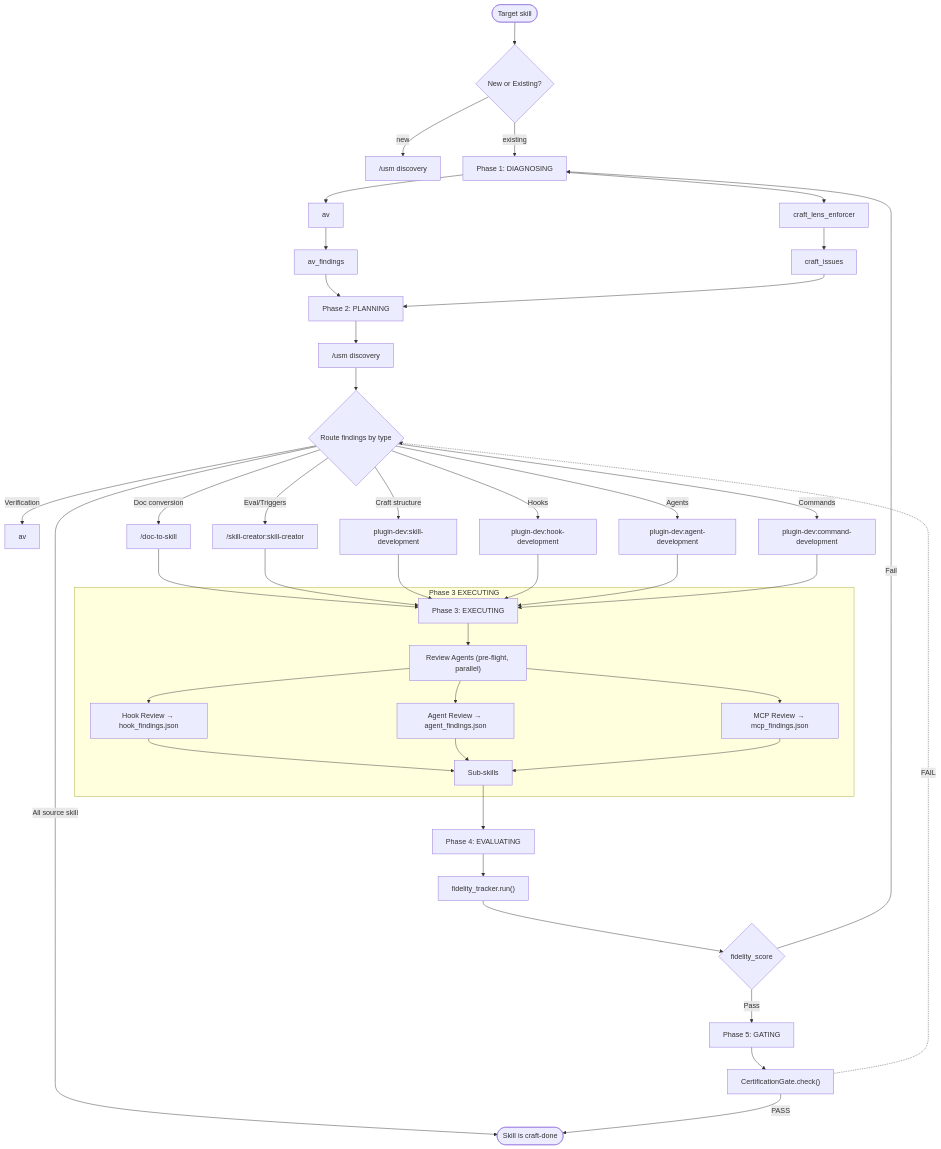
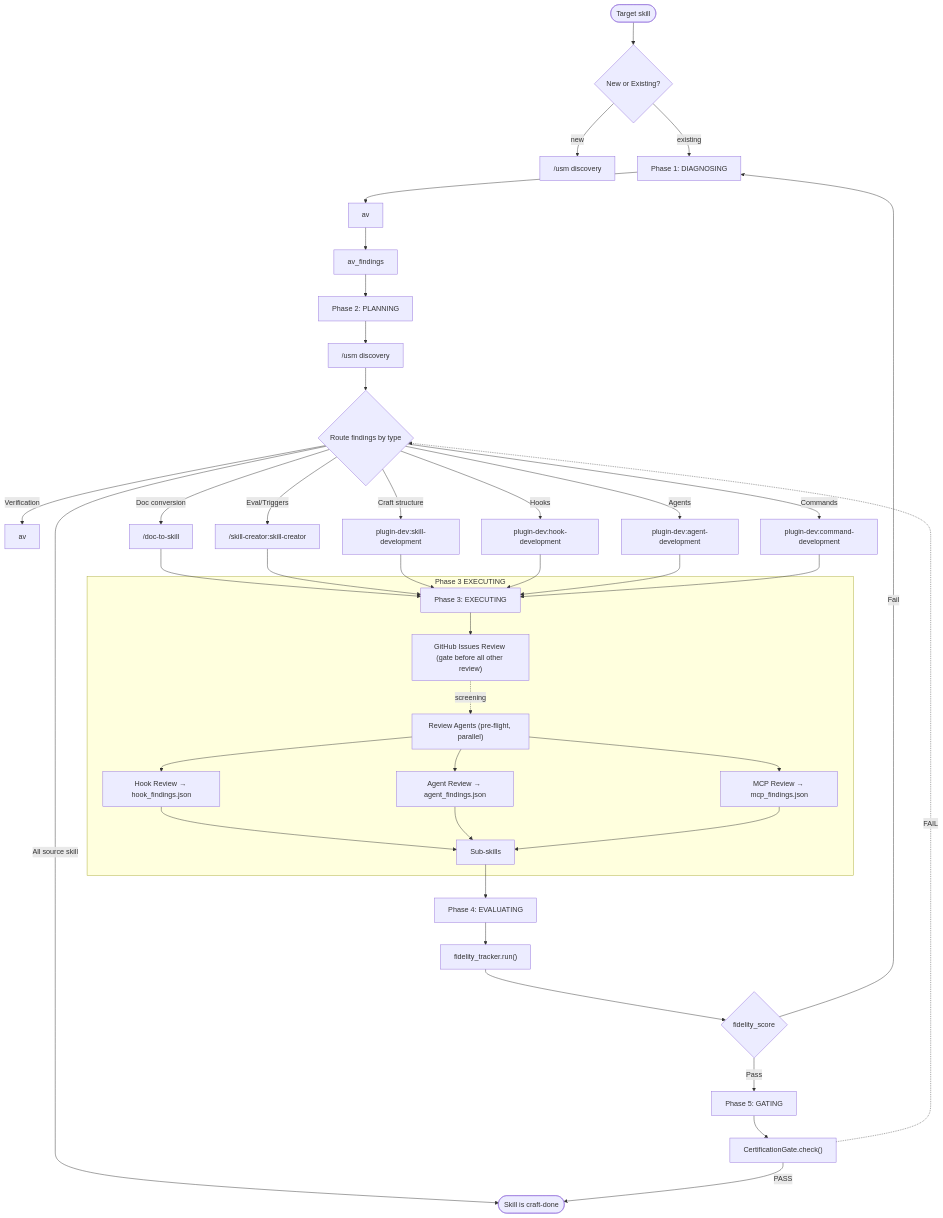
One commit to EndUser123/cc-skills-meta changed the diagram in skills/skill-craft/SKILL.md. Above: the diagram before and after it, drawn with Mermaid. The commit also changed other lines of this file and 4 other files, not shown here.

````diff
--- a/skills/skill-craft/SKILL.md
+++ b/skills/skill-craft/SKILL.md
@@ -76,54 +76,52 @@
 ```mermaid
 flowchart TD
     Start(["Target skill"]) --> NewOrExisting{"New or Existing?"}
     NewOrExisting -->|new| USM["/usm discovery"]
     NewOrExisting -->|existing| P1["Phase 1: DIAGNOSING"]
     P1 --> AVRun["av"]
-    P1 --> CraftLens["craft_lens_enforcer"]
 
     AVRun --> AF["av_findings"]
-    CraftLens --> CI["craft_issues"]
 
     AF --> P2["Phase 2: PLANNING"]
-    CI --> P2
 
     P2 --> USM2["/usm discovery"]
     USM2 --> Route{"Route findings by type"}
     Route -->|Verification| AVRoute["av"]
     Route -->|Doc conversion| DocRun["/doc-to-skill"]
     Route -->|Eval/Triggers| CreatorRun["/skill-creator:skill-creator"]
     Route -->|Craft structure| DevRun["plugin-dev:skill-development"]
     Route -->|Hooks| HookDev["plugin-dev:hook-development"]
     Route -->|Agents| AgentDev["plugin-dev:agent-development"]
     Route -->|Commands| CmdDev["plugin-dev:command-development"]
     Route -->|All source skill| Done
 
     DocRun --> P3["Phase 3: EXECUTING"]
     CreatorRun --> P3
     DevRun --> P3
     HookDev --> P3
     AgentDev --> P3
     CmdDev --> P3
 
     subgraph P3_EXECUTING ["Phase 3 EXECUTING"]
-        P3 --> RA["Review Agents (pre-flight, parallel)"]
+        P3 --> GHR["GitHub Issues Review (gate before all other review)"]
+        GHR -.screening.-> RA["Review Agents (pre-flight, parallel)"]
         RA --> HRA["Hook Review → hook_findings.json"]
         RA --> AGA["Agent Review → agent_findings.json"]
         RA --> MCPA["MCP Review → mcp_findings.json"]
         HRA --> Subs["Sub-skills"]
         AGA --> Subs
         MCPA --> Subs
     end
 
     Subs --> P4["Phase 4: EVALUATING"]
     P4 --> Fidelity["fidelity_tracker.run()"]
     Fidelity --> FS{"fidelity_score"}
     FS -->|Pass| P5["Phase 5: GATING"]
     FS -->|Fail| P1
 
     P5 --> CertGate["CertificationGate.check()"]
     CertGate -->|PASS| Done
     CertGate -.->|FAIL| Route
 
     Done(["Skill is craft-done"])
 ```
````
